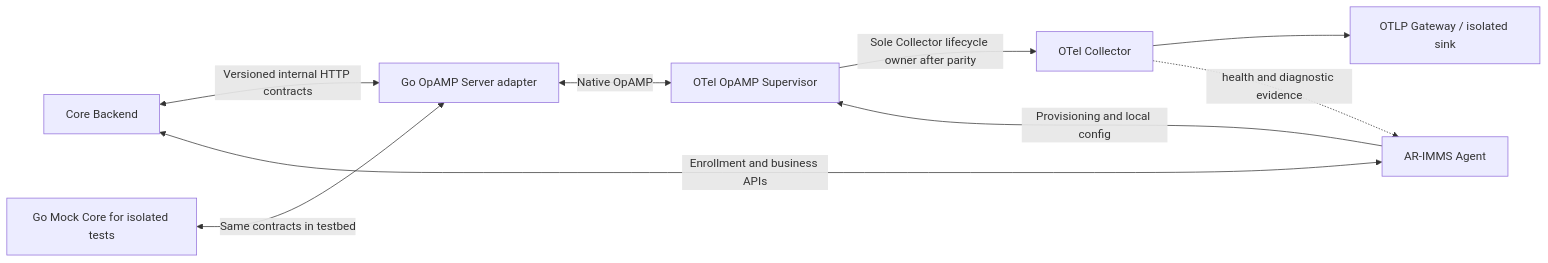
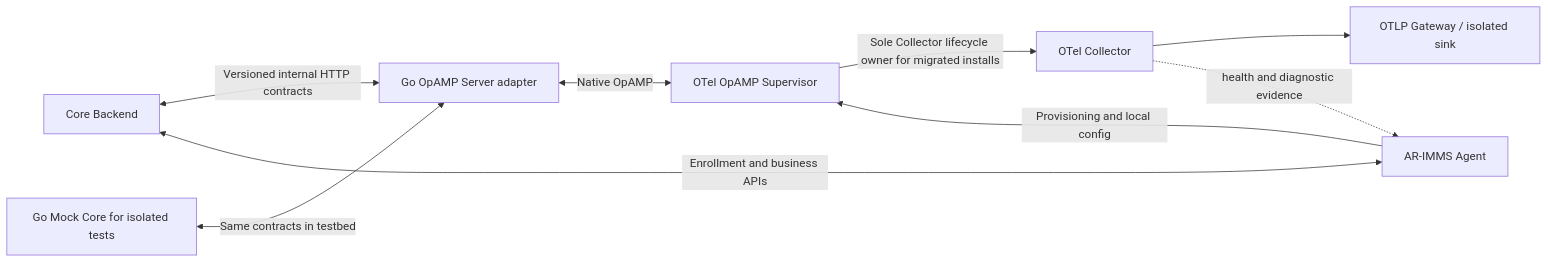
The diagram in docs/local/architecture/v0.1.4a-next/opamp-integration.md (AR-IMMS/telemetry-agent), drawn with Mermaid before and after one commit. The commit also changed other lines of this file and 14 other files, not shown here.

Commit message:
docs(architecture): record PR-09.5 approval and migration baseline

````diff
--- a/docs/local/architecture/v0.1.4a-next/opamp-integration.md
+++ b/docs/local/architecture/v0.1.4a-next/opamp-integration.md
@@ -21,19 +19,19 @@
 ```mermaid
 flowchart LR
     Core[Core Backend]
     Mock[Go Mock Core for isolated tests]
     Server[Go OpAMP Server adapter]
     Agent[AR-IMMS Agent]
     Supervisor[OTel OpAMP Supervisor]
     Collector[OTel Collector]
     Gateway[OTLP Gateway / isolated sink]
 
     Core <-->|Versioned internal HTTP contracts| Server
     Mock <-->|Same contracts in testbed| Server
     Agent <-->|Enrollment and business APIs| Core
     Agent -->|Provisioning and local config| Supervisor
     Server <-->|Native OpAMP| Supervisor
-    Supervisor -->|Sole Collector lifecycle owner after parity| Collector
+    Supervisor -->|Sole Collector lifecycle owner for migrated installs| Collector
     Collector --> Gateway
     Collector -.->|health and diagnostic evidence| Agent
 ```
````
